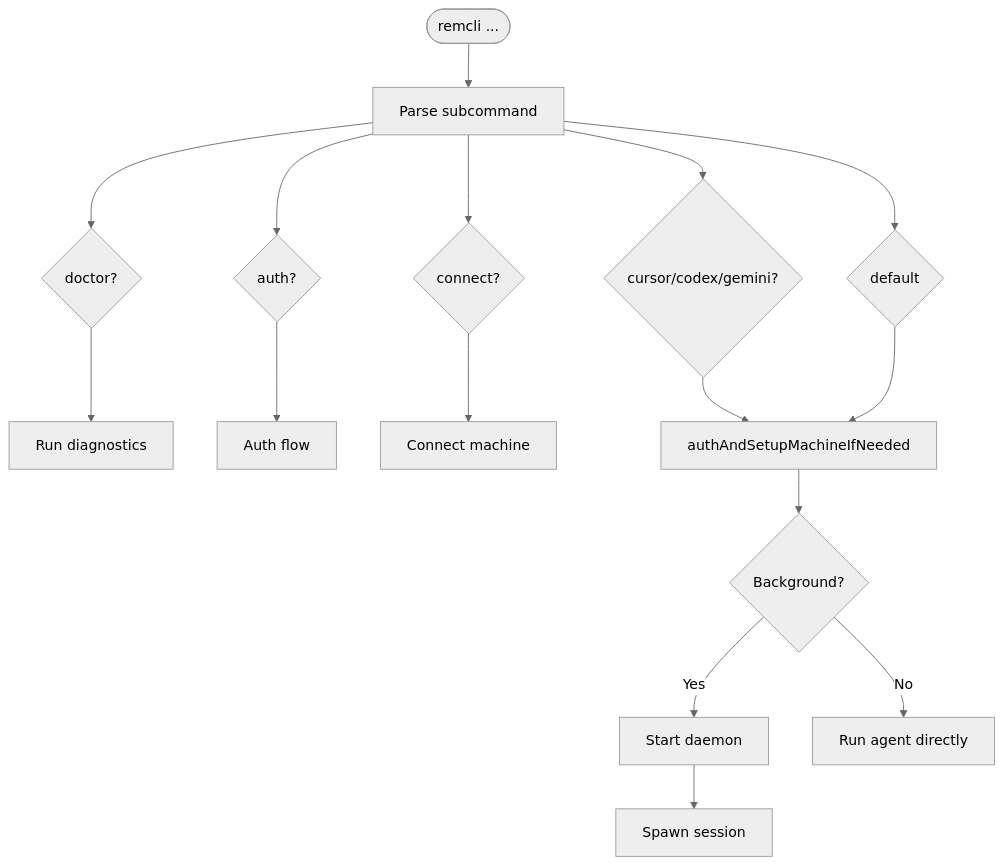
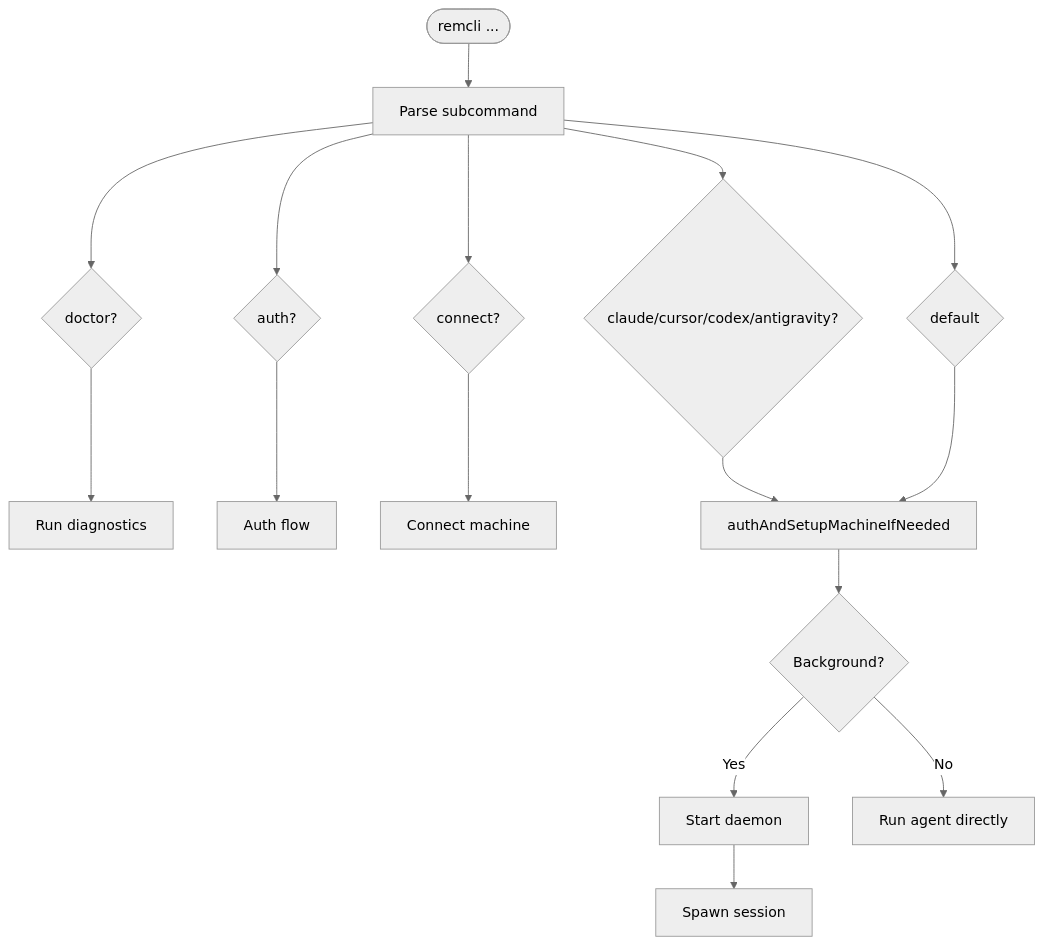
One commit to spetrosyan94/remcli changed the second of 12 diagrams in docs/cli-architecture.md. Above: the diagram before and after it, drawn with Mermaid (neutral theme). The commit also changed other lines of this file and 92 other files, not shown here.

````diff
--- a/docs/cli-architecture.md
+++ b/docs/cli-architecture.md
@@ -50,23 +50,23 @@
 ```mermaid
 flowchart TD
     Start([remcli ...]) --> Parse[Parse subcommand]
 
     Parse --> Doctor{doctor?}
     Parse --> Auth{auth?}
     Parse --> Connect{connect?}
-    Parse --> Agent{cursor/codex/gemini?}
+    Parse --> Agent{claude/cursor/codex/antigravity?}
     Parse --> Default{default}
 
     Doctor --> RunDoctor[Run diagnostics]
     Auth --> RunAuth[Auth flow]
     Connect --> RunConnect[Connect machine]
 
     Agent --> Setup[authAndSetupMachineIfNeeded]
     Default --> Setup
 
     Setup --> Context{Background?}
     Context --> |Yes| StartDaemon[Start daemon]
     Context --> |No| RunAgent[Run agent directly]
 
     StartDaemon --> SpawnSession[Spawn session]
 ```
````
